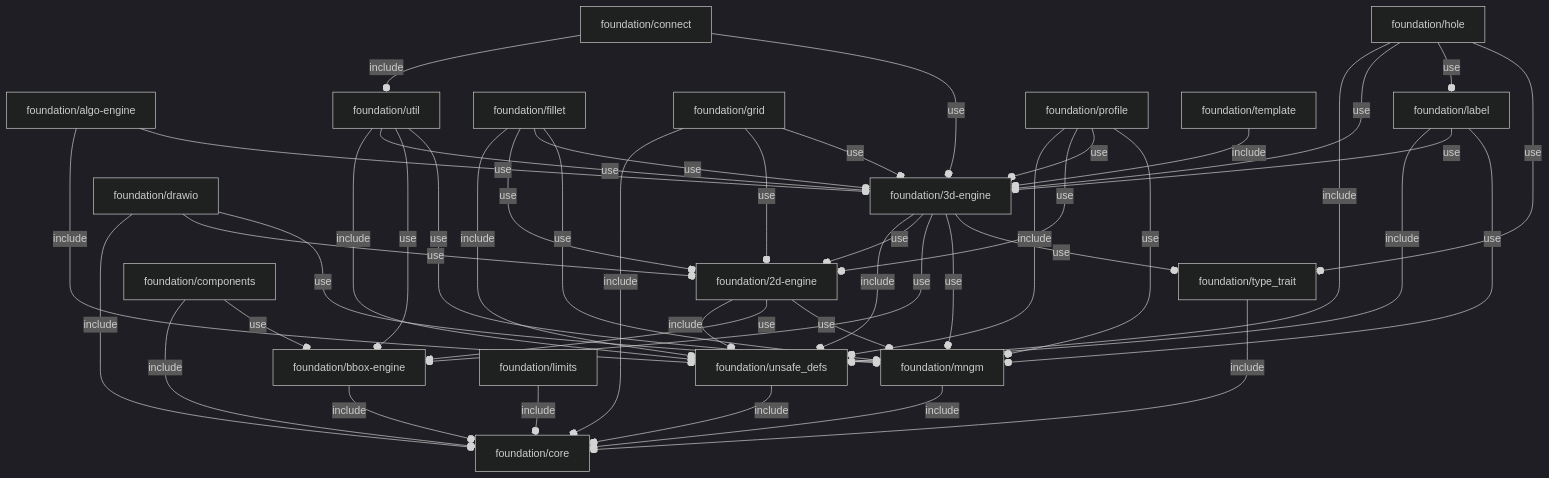
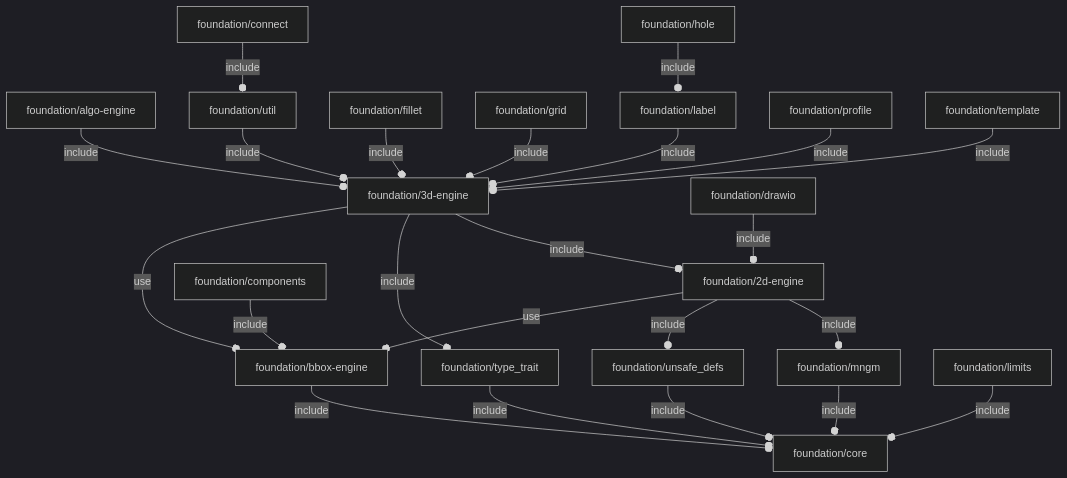
One commit to ggabbiani/OFL changed the diagram in orthodocs/foundation/deps.md. Above: the diagram before and after it, drawn with Mermaid (dark theme). The commit also changed 26 other files, not shown here.

````diff
--- a/orthodocs/foundation/deps.md
+++ b/orthodocs/foundation/deps.md
@@ -3,49 +3,26 @@
 ```mermaid
 graph TD
-    A1[foundation/2d-engine] --o|include| A2[foundation/unsafe_defs]
-    A1 --o|use| A3[foundation/bbox-engine]
-    A1 --o|use| A4[foundation/mngm]
-    A5[foundation/3d-engine] --o|include| A2
-    A5 --o|use| A1
-    A5 --o|use| A3
+    A1[foundation/2d-engine] --o|include| A2[foundation/mngm]
+    A1 --o|include| A3[foundation/unsafe_defs]
+    A1 --o|use| A4[foundation/bbox-engine]
+    A5[foundation/3d-engine] --o|include| A1
+    A5 --o|include| A6[foundation/type_trait]
     A5 --o|use| A4
-    A5 --o|use| A6[foundation/type_trait]
-    A7[foundation/algo-engine] --o|include| A2
-    A7 --o|use| A5
-    A3 --o|include| A8[foundation/core]
-    A9[foundation/components] --o|include| A8
-    A9 --o|use| A3
+    A7[foundation/algo-engine] --o|include| A5
+    A4 --o|include| A8[foundation/core]
+    A9[foundation/components] --o|include| A4
     A10[foundation/connect] --o|include| A11[foundation/util]
-    A10 --o|use| A5
     A8
-    A12[foundation/drawio] --o|include| A8
-    A12 --o|use| A1
-    A12 --o|use| A4
-    A13[foundation/fillet] --o|include| A2
-    A13 --o|use| A1
-    A13 --o|use| A5
-    A13 --o|use| A4
-    A14[foundation/grid] --o|include| A8
-    A14 --o|use| A1
-    A14 --o|use| A5
-    A15[foundation/hole] --o|include| A2
-    A15 --o|use| A5
-    A15 --o|use| A16[foundation/label]
-    A15 --o|use| A6
-    A16 --o|include| A2
-    A16 --o|use| A5
-    A16 --o|use| A4
+    A12[foundation/drawio] --o|include| A1
+    A13[foundation/fillet] --o|include| A5
+    A14[foundation/grid] --o|include| A5
+    A15[foundation/hole] --o|include| A16[foundation/label]
+    A16 --o|include| A5
     A17[foundation/limits] --o|include| A8
-    A4 --o|include| A8
-    A18[foundation/profile] --o|include| A2
-    A18 --o|use| A1
-    A18 --o|use| A5
-    A18 --o|use| A4
+    A2 --o|include| A8
+    A18[foundation/profile] --o|include| A5
     A19[foundation/template] --o|include| A5
     A6 --o|include| A8
-    A2 --o|include| A8
-    A11 --o|include| A2
-    A11 --o|use| A5
-    A11 --o|use| A3
-    A11 --o|use| A4
+    A3 --o|include| A8
+    A11 --o|include| A5
 ```
````
